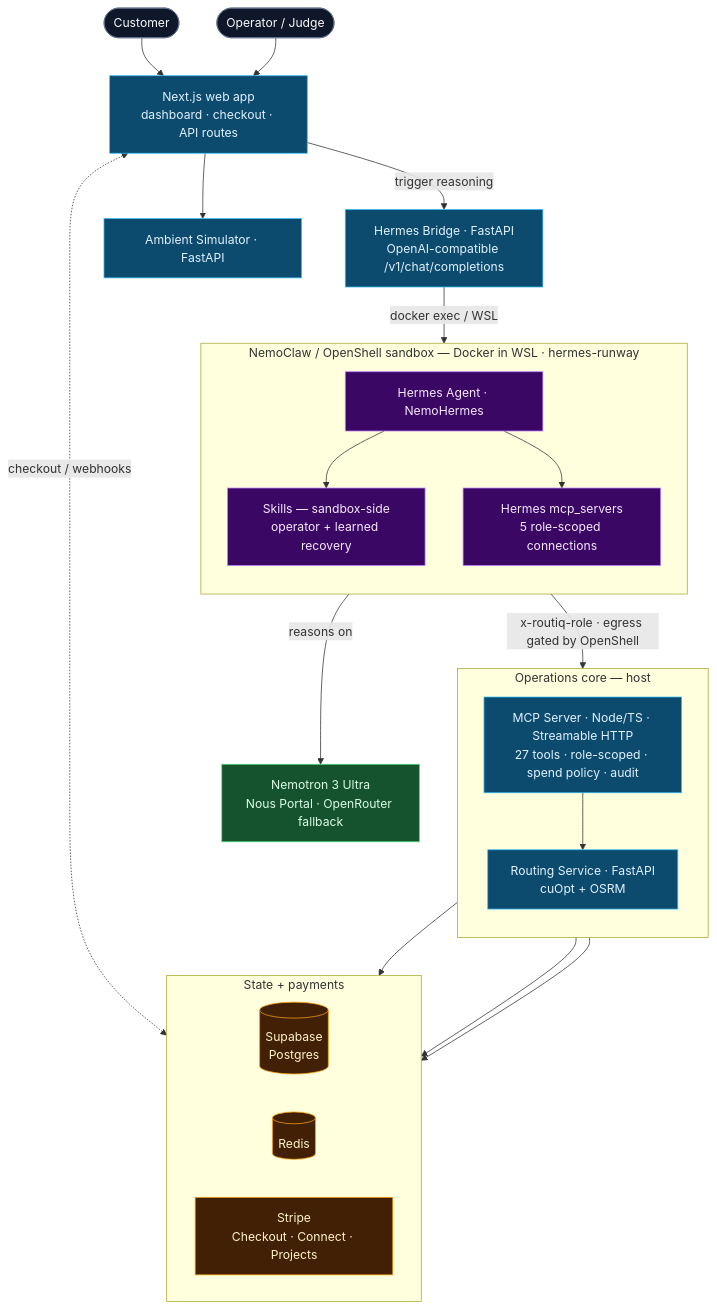
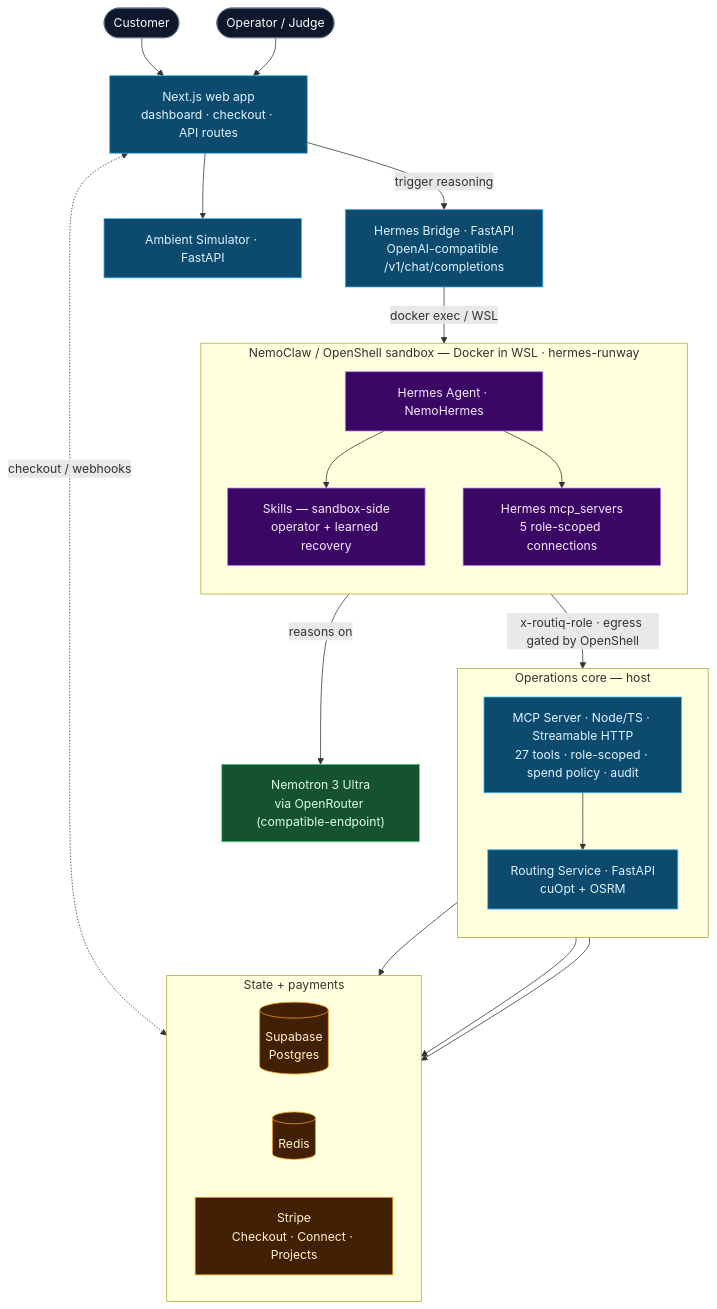
Before and after one commit to Snehal707/HermesRoutiq: the diagram in ARCHITECTURE.md, drawn with Mermaid. The commit also changed 2 other files, not shown here.

Commit message:
docs: correct Nemotron 3 Ultra provider to OpenRouter (compatible-endpoint)
Reflect verified live NemoClaw wiring: Nemotron 3 Ultra is served via OpenRouter's OpenAI-compatible endpoint (compatible-endpoint), not Nous Portal. Update architecture diagrams and .env.example (full model slug nvidia/nemotron-3-ultra-550b-a55b, drop misleading Nous Portal primary).

````diff
--- a/ARCHITECTURE.md
+++ b/ARCHITECTURE.md
@@ -8,58 +8,58 @@
 ```mermaid
 flowchart TD
   customer(["Customer"])
   operator(["Operator / Judge"])
 
   web["Next.js web app<br/>dashboard · checkout · API routes"]
   bridge["Hermes Bridge · FastAPI<br/>OpenAI-compatible /v1/chat/completions"]
   simulator["Ambient Simulator · FastAPI"]
 
   subgraph runtime["NemoClaw / OpenShell sandbox — Docker in WSL · hermes-runway"]
     direction TB
     hermes["Hermes Agent · NemoHermes"]
     skills["Skills — sandbox-side<br/>operator + learned recovery"]
     mcpcfg["Hermes mcp_servers<br/>5 role-scoped connections"]
     hermes --> skills
     hermes --> mcpcfg
   end
 
-  model["Nemotron 3 Ultra<br/>Nous Portal · OpenRouter fallback"]
+  model["Nemotron 3 Ultra<br/>via OpenRouter (compatible-endpoint)"]
 
   subgraph core["Operations core — host"]
     direction TB
     mcp["MCP Server · Node/TS · Streamable HTTP<br/>27 tools · role-scoped · spend policy · audit"]
     routing["Routing Service · FastAPI<br/>cuOpt + OSRM"]
     mcp --> routing
   end
 
   subgraph data["State + payments"]
     direction LR
     postgres[("Supabase<br/>Postgres")]
     redis[("Redis")]
     stripe["Stripe<br/>Checkout · Connect · Projects"]
   end
 
   customer --> web
   operator --> web
   web --> simulator
   web -->|trigger reasoning| bridge
   bridge -->|docker exec / WSL| hermes
   hermes -->|reasons on| model
   mcpcfg -->|"x-routiq-role · egress gated by OpenShell"| mcp
   web <-. "checkout / webhooks" .-> stripe
   mcp --> postgres
   mcp --> redis
   mcp --> stripe
 
   classDef user fill:#0f172a,stroke:#64748b,color:#f8fafc;
   classDef app fill:#0c4a6e,stroke:#38bdf8,color:#e0f2fe;
   classDef agent fill:#3b0764,stroke:#c084fc,color:#f5e8ff;
   classDef model fill:#14532d,stroke:#4ade80,color:#dcfce7;
   classDef store fill:#422006,stroke:#f59e0b,color:#fef3c7;
 
   class customer,operator user;
   class web,bridge,simulator,mcp,routing app;
   class hermes,skills,mcpcfg agent;
   class model model;
   class postgres,redis,stripe store;
 ```
````
